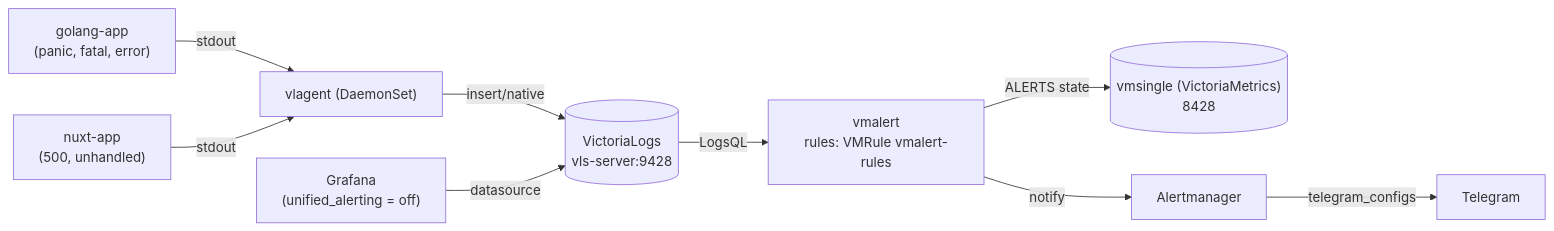
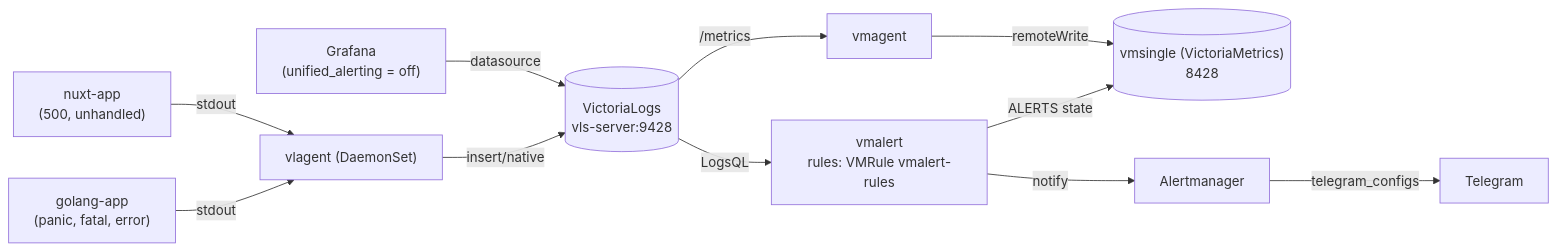
The diagram in README.md (patsevanton/victorialogs-alerting-by-error-panic), drawn with Mermaid before and after one commit. The commit also changed other lines of this file and 2 other files, not shown here.

Commit message:
перенос установки victoria-metrics-k8s-stack перед VictoriaLogs

````diff
--- a/README.md
+++ b/README.md
@@ -18,13 +19,16 @@
 ```mermaid
 flowchart LR
     Go["golang-app<br/>(panic, fatal, error)"] -->|stdout| Vlagent["vlagent (DaemonSet)"]
     Nuxt["nuxt-app<br/>(500, unhandled)"] -->|stdout| Vlagent
     Vlagent -->|insert/native| VL[("VictoriaLogs<br/>vls-server:9428")]
 
     VL -->|LogsQL| VMA["vmalert<br/>rules: VMRule vmalert-rules"]
     VMA -->|ALERTS state| VMSingle[("vmsingle (VictoriaMetrics)<br/>8428")]
     VMA -->|notify| AM["Alertmanager"]
     AM -->|telegram_configs| TG["Telegram"]
 
     Grafana["Grafana<br/>(unified_alerting = off)"] -->|datasource| VL
+
+    VL -->|/metrics| VMAgent["vmagent"]
+    VMAgent -->|remoteWrite| VMSingle
 ```
````
